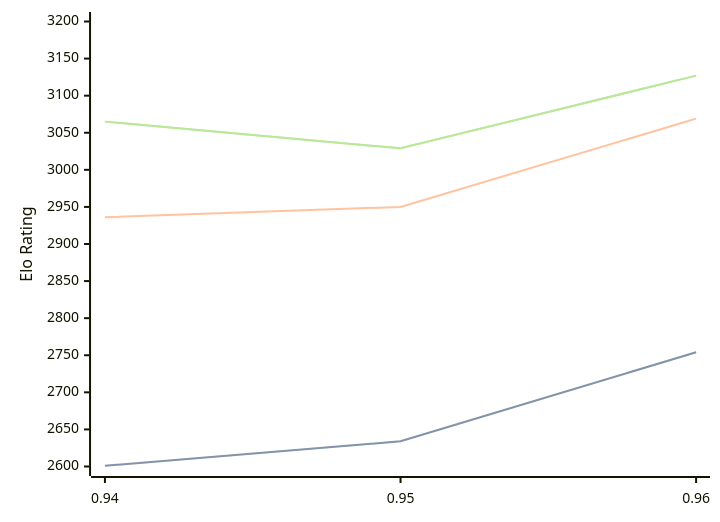
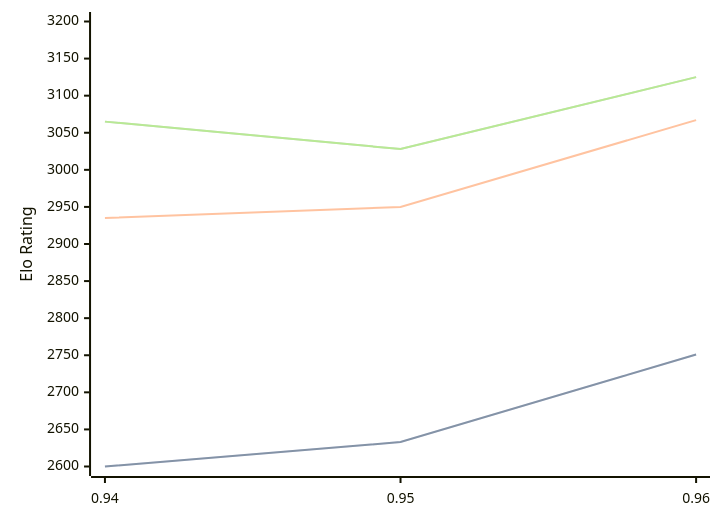
One commit to computer-chess-index/cci changed the diagram in engines/Myrddin.md. Above: the diagram before and after it, drawn with Mermaid. The commit also changed other lines of this file, not shown here.

Commit message:
Update CCI Ratings (ELO VLTC) - 2026-10-01

````diff
--- a/engines/Myrddin.md
+++ b/engines/Myrddin.md
@@ -33,11 +33,11 @@
 ```mermaid
 %%{init: {"theme":"base","themeVariables":{"seriesColors:['#a3a3a3','#222221','#faa371']}}}%%
 xychart-beta
   x-axis ["0.94", "0.95", "0.96"]
   y-axis "Elo Rating" 2600 --> 3200
-  line "" [2601, 2634, 2754]
-  line "STC (8.0+0.08s)" [2601, 2634, 2754]
-  line "LTC (60.0+0.60s)" [2936, 2950, 3069]
-  line "" [3065, 3029, 3127]
-  line "VLTC (2m24s+1.12s)" [3065, 3029, 3127]
+  line "" [2600, 2633, 2751]
+  line "STC (8.0+0.08s)" [2600, 2633, 2751]
+  line "LTC (60.0+0.60s)" [2935, 2950, 3067]
+  line "" [3065, 3028, 3125]
+  line "VLTC (2m24s+1.12s)" [3065, 3028, 3125]
 ```
````
